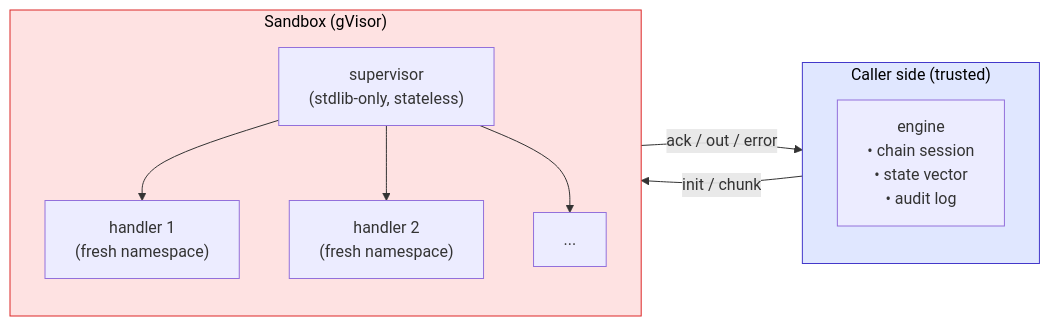
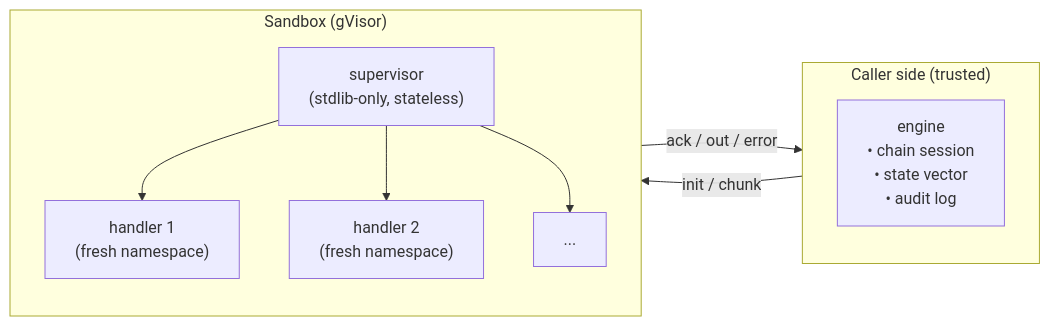
The second of 2 diagrams in src/notes/26/05-29-middleware-of-ai-agent.md (rst0070/rst0070.github.io), drawn with Mermaid before and after one commit. The commit also changed other lines of this file and 1 other file, not shown here.

Commit message:
feat: dark mode for mermaid

````diff
--- a/src/notes/26/05-29-middleware-of-ai-agent.md
+++ b/src/notes/26/05-29-middleware-of-ai-agent.md
@@ -88,32 +85,30 @@
 ```mermaid
 flowchart LR
     subgraph Caller["Caller side (trusted)"]
       direction TB
       Engine["engine
       • chain session
       • state vector
       • audit log"]
     end
 
     subgraph Sandbox["Sandbox (gVisor)"]
       direction TB
       Supervisor["supervisor
       (stdlib-only, stateless)"]
       H1["handler 1
       (fresh namespace)"]
       H2["handler 2
       (fresh namespace)"]
       Hn["..."]
       Supervisor --> H1
       Supervisor --> H2
       Supervisor --> Hn
     end
 
     Engine -->|init / chunk| Supervisor
     Supervisor -->|ack / out / error| Engine
 
-    classDef trusted fill:#e0e7ff,stroke:#4338ca,color:#000
-    classDef untrusted fill:#fee2e2,stroke:#dc2626,color:#000
     class Caller trusted
     class Sandbox untrusted
 ```
````
